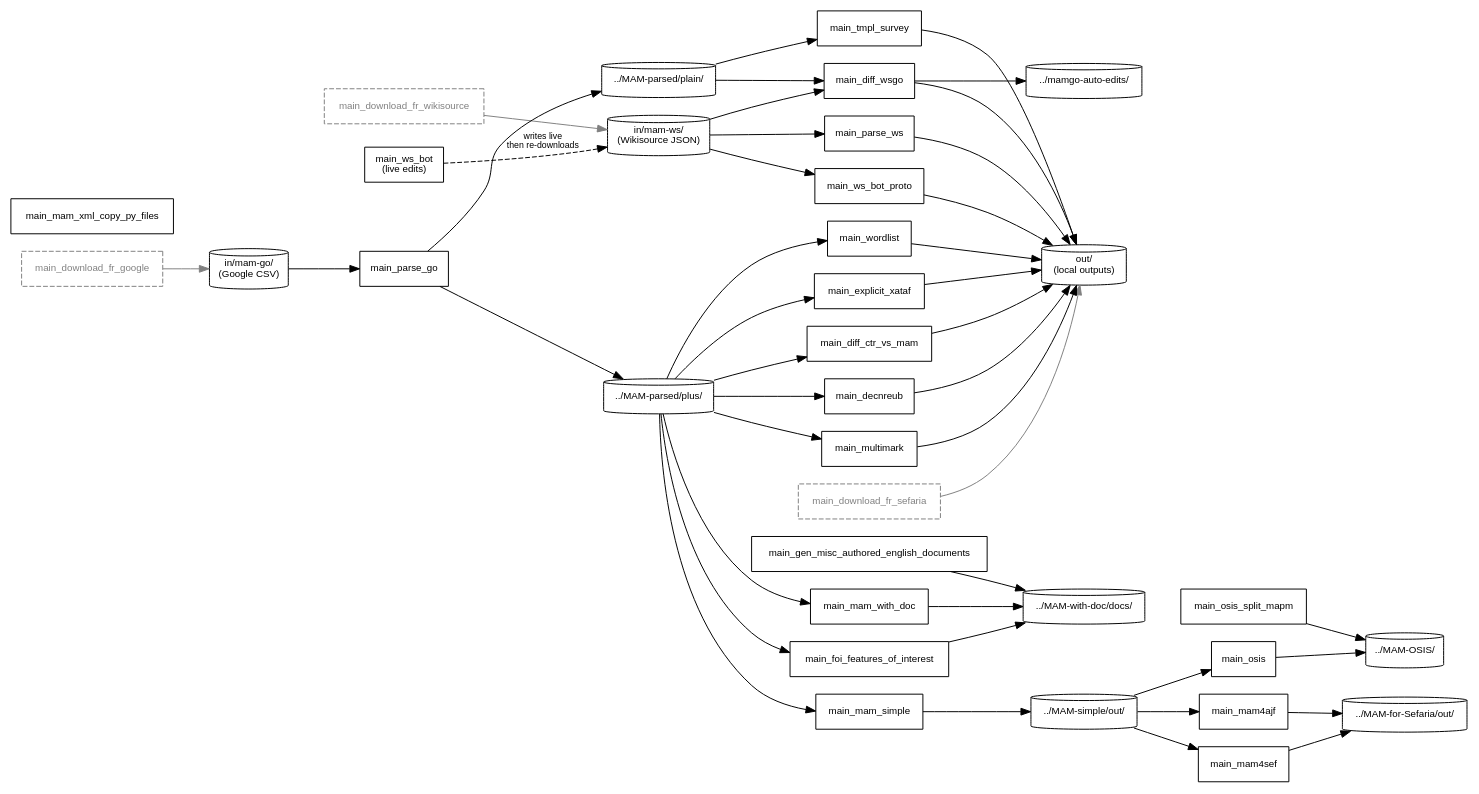
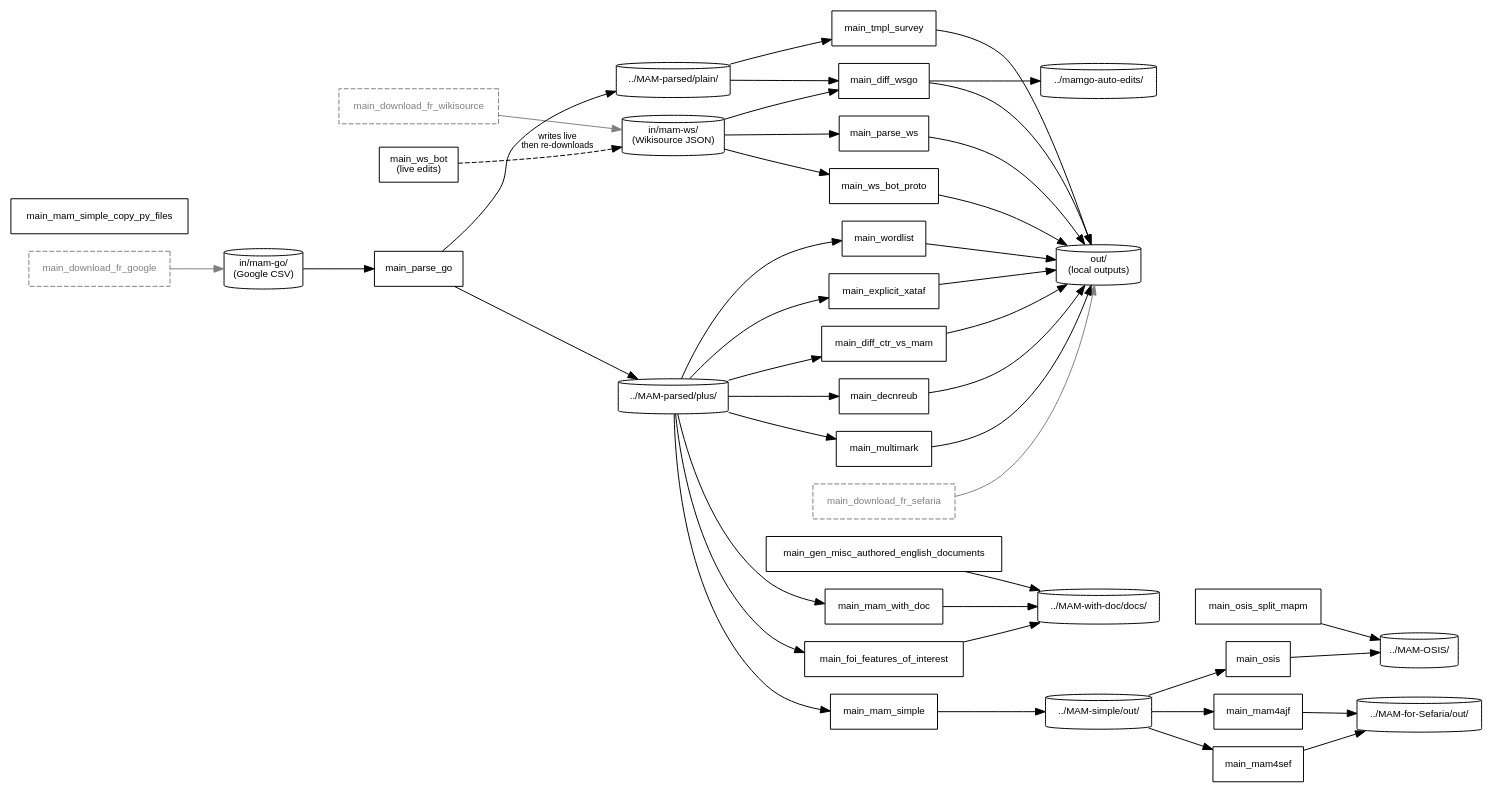
One commit to bdenckla/MAM-basics changed the diagram in MAM-process-documentation/pipeline.dot. Above: the diagram before and after it, drawn with Graphviz. The commit also changed 4 other files, not shown here.

First line of the commit message:
Rename MAM-simple copy script

```diff
--- a/MAM-process-documentation/pipeline.dot
+++ b/MAM-process-documentation/pipeline.dot
@@ -1,105 +1,105 @@
 digraph mam_pipeline {
     // Speculation: this file may have been produced with Claude Code assistance.
     rankdir=LR;
     node [fontname="Helvetica", fontsize=10];
     edge [fontname="Helvetica", fontsize=9];
 
     // ── Data stores ──
     node [shape=cylinder];
     ds_go_csv    [label="in/mam-go/\n(Google CSV)"];
     ds_parsed_plus  [label="../MAM-parsed/plus/"];
     ds_parsed_plain [label="../MAM-parsed/plain/"];
     ds_ws        [label="in/mam-ws/\n(Wikisource JSON)"];
     ds_simple    [label="../MAM-simple/out/"];
     ds_with_doc  [label="../MAM-with-doc/docs/"];
     ds_sefaria   [label="../MAM-for-Sefaria/out/"];
     ds_osis      [label="../MAM-OSIS/"];
     ds_out       [label="out/\n(local outputs)"];
     ds_mamgo_auto [label="../mamgo-auto-edits/"];
 
     // ── External prerequisites (not part of _STEPS) ──
     node [shape=box, style=dashed, color=gray, fontcolor=gray];
     download_go  [label="main_download_fr_google"];
     download_ws  [label="main_download_fr_wikisource"];
     download_sef [label="main_download_fr_sefaria"];
 
     // ── Pipeline steps ──
     node [shape=box, style="", color="", fontcolor=""];
     parse_go     [label="main_parse_go"];
     foi          [label="main_foi_features_of_interest"];
     mam_with_doc [label="main_mam_with_doc"];
     tmpl_survey  [label="main_tmpl_survey"];
     mam_simple   [label="main_mam_simple"];
     mam4sef      [label="main_mam4sef"];
     mam4ajf      [label="main_mam4ajf"];
     osis         [label="main_osis"];
     decnreub     [label="main_decnreub"];
     multimark    [label="main_multimark"];
     wordlist     [label="main_wordlist"];
     explicit_xataf [label="main_explicit_xataf"];
     diff_wsgo    [label="main_diff_wsgo"];
     diff_ctr     [label="main_diff_ctr_vs_mam"];
     parse_ws     [label="main_parse_ws"];
     ws_bot_proto [label="main_ws_bot_proto"];
     ws_bot       [label="main_ws_bot\n(live edits)"];
     gen_docs     [label="main_gen_misc_authored_english_documents"];
-    mam_xml_copy [label="main_mam_xml_copy_py_files"];
+    mam_xml_copy [label="main_mam_simple_copy_py_files"];
     osis_split   [label="main_osis_split_mapm"];
 
     // ── Edges ──
 
     // Google pipeline
     download_go  -> ds_go_csv   [color=gray];
     ds_go_csv    -> parse_go;
     parse_go     -> ds_parsed_plus;
     parse_go     -> ds_parsed_plain;
 
     // MAM-parsed consumers
     ds_parsed_plus  -> foi;
     ds_parsed_plus  -> mam_with_doc;
     ds_parsed_plus  -> mam_simple;
     ds_parsed_plus  -> decnreub;
     ds_parsed_plus  -> multimark;
     ds_parsed_plus  -> wordlist;
     ds_parsed_plus  -> explicit_xataf;
     ds_parsed_plus  -> diff_ctr;
     ds_parsed_plain -> tmpl_survey;
     ds_parsed_plain -> diff_wsgo;
 
     // MAM-with-doc outputs
     foi          -> ds_with_doc;
     mam_with_doc -> ds_with_doc;
     gen_docs     -> ds_with_doc;
 
     // MAM-simple pipeline
     mam_simple   -> ds_simple;
     ds_simple    -> mam4sef;
     ds_simple    -> mam4ajf;
     ds_simple    -> osis;
     mam4sef      -> ds_sefaria;
     mam4ajf      -> ds_sefaria;
     osis         -> ds_osis;
     osis_split   -> ds_osis;
 
     // Local out/ outputs
     tmpl_survey  -> ds_out;
     decnreub     -> ds_out;
     multimark    -> ds_out;
     wordlist     -> ds_out;
     explicit_xataf -> ds_out;
     diff_wsgo    -> ds_out;
     diff_wsgo    -> ds_mamgo_auto;
     diff_ctr     -> ds_out;
     parse_ws     -> ds_out;
     ws_bot_proto -> ds_out;
 
     // Wikisource pipeline
     download_ws  -> ds_ws       [color=gray];
     ds_ws        -> diff_wsgo;
     ds_ws        -> parse_ws;
     ds_ws        -> ws_bot_proto;
     ws_bot       -> ds_ws       [style=dashed, label="writes live\nthen re-downloads"];
 
     // Sefaria download (standalone)
     download_sef -> ds_out      [color=gray];
 }
```
